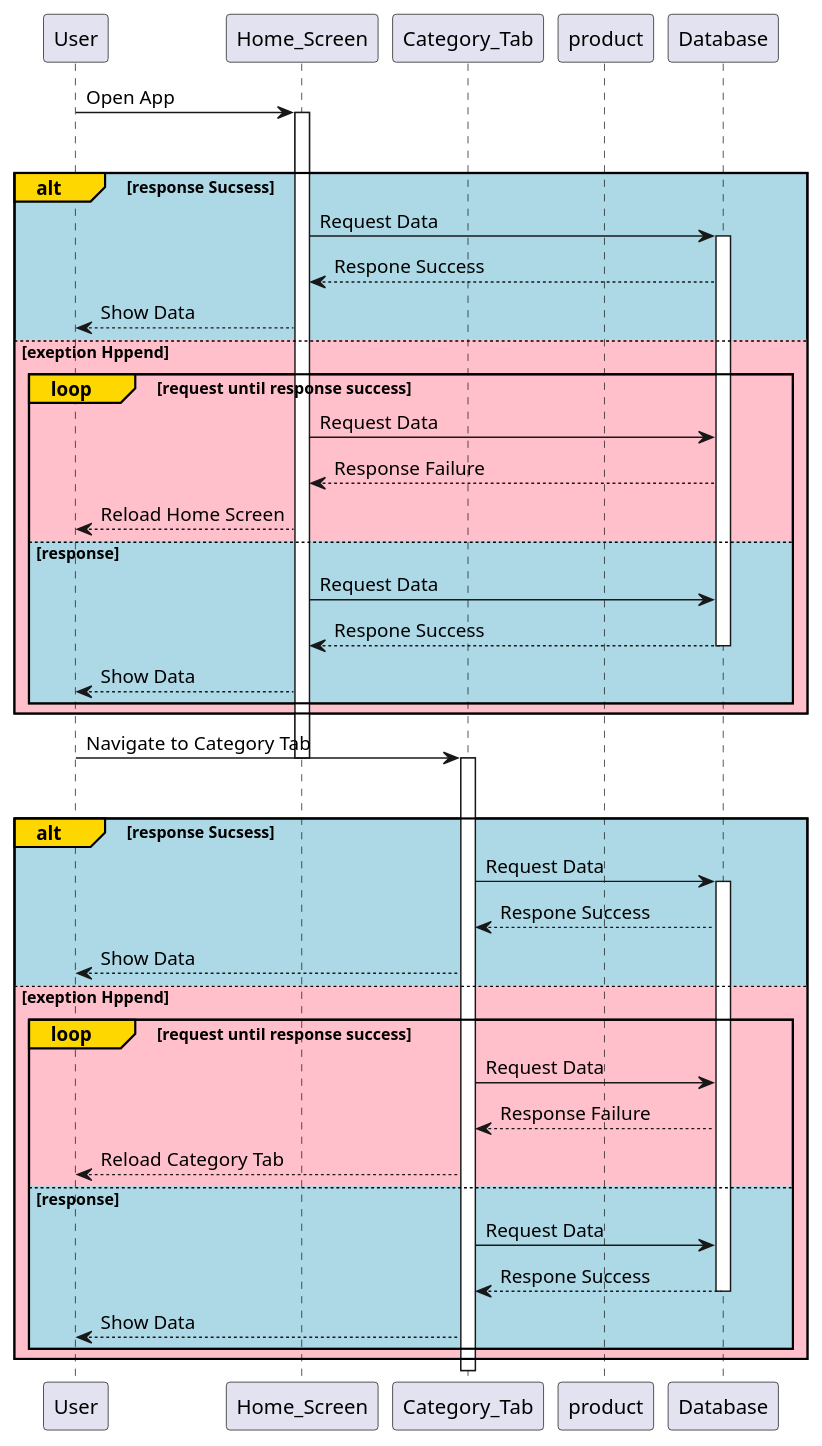
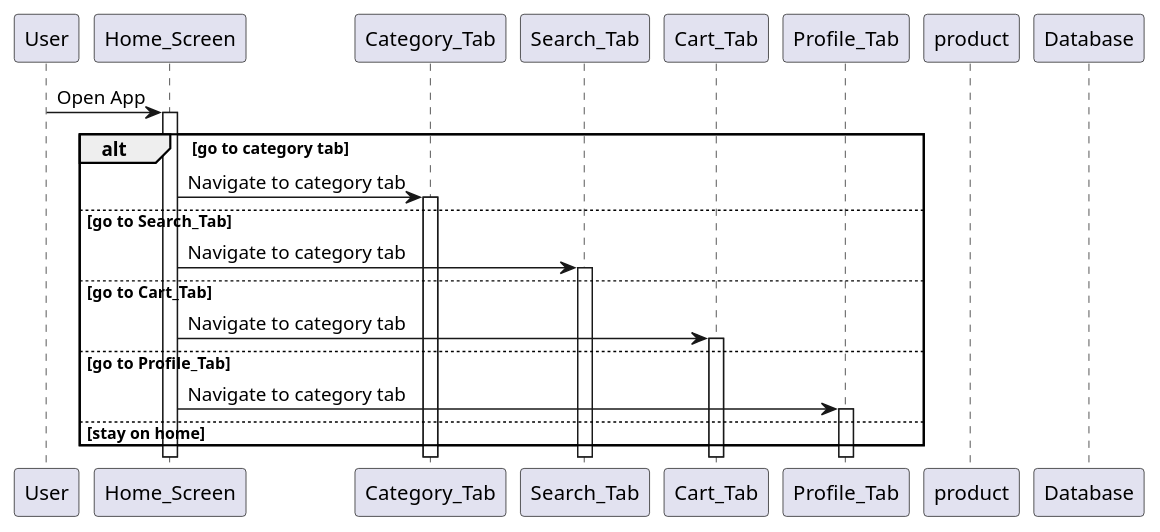
The diagram in Uml/Squanse/Home Seq.puml (john-safwat/E-Commerce), drawn with PlantUML before and after one commit. The commit also changed 1 other file, not shown here.

```diff
--- a/Uml/Squanse/Home Seq.puml
+++ b/Uml/Squanse/Home Seq.puml
@@ -1,70 +1,99 @@
 @startuml
 'https://plantuml.com/sequence-diagram\
 autonumber
 participant User
 participant Home_Screen
 participant Category_Tab 
+participant Search_Tab 
+participant Cart_Tab 
+participant Profile_Tab 
 participant product
 participant Database 
 
 User -> Home_Screen : Open App 
 activate Home_Screen 
 
+alt go to category tab 
 
-group 
+Home_Screen -> Category_Tab : Navigate to category tab 
+activate Category_Tab 
 
-'first partation of the group if the Response from the home screen to user is success'
-alt#Gold #LightBlue response Sucsess 
-Home_Screen ->  Database : Request Data 
-activate Database     
-Database --> Home_Screen : Respone Success  
-Home_Screen --> User : Show Data 
+else go to Search_Tab 
+
+Home_Screen -> Search_Tab : Navigate to category tab 
+activate Search_Tab 
+
+else go to Cart_Tab
+
+Home_Screen -> Cart_Tab : Navigate to category tab 
+activate Cart_Tab
 
 
-'the second partation handels the case of if the response was a failure it loops until the response is success'
-else #pink exeption Hppend 
-loop#gold #pink request until response success
-Home_Screen ->  Database : Request Data     
-Database --> Home_Screen : Response Failure
-Home_Screen --> User : Reload Home Screen 
+else go to Profile_Tab
+Home_Screen -> Profile_Tab : Navigate to category tab 
+activate Profile_Tab
 
-'if the data response from database is success it shows the data in home screen'
-else #LightBlue response 
-Home_Screen ->  Database : Request Data 
-Database --> Home_Screen : Respone Success  
-deactivate Database
-Home_Screen --> User : Show Data 
-end
-end
+else stay on home 
+
+end 
 
 
-User -> Category_Tab : Navigate to Category Tab
-deactivate Home_Screen
-activate Category_Tab
-group 
-'first partation of the group if the Response from the home screen to user is success'
-alt#Gold #LightBlue response Sucsess 
-Category_Tab ->  Database : Request Data 
-activate Database     
-Database --> Category_Tab : Respone Success  
-Category_Tab --> User : Show Data 
+' group 
+
+' 'first partation of the group if the Response from the home screen to user is success'
+' alt#Gold #LightBlue response Sucsess 
+' Home_Screen ->  Database : Request Data 
+' activate Database     
+' Database --> Home_Screen : Respone Success  
+' Home_Screen --> User : Show Data 
 
 
-'the second partation handels the case of if the response was a failure it loops until the response is success'
-else #pink exeption Hppend 
-loop#gold #pink request until response success
-Category_Tab ->  Database : Request Data     
-Database --> Category_Tab : Response Failure
-Category_Tab --> User : Reload Category Tab  
+' 'the second partation handels the case of if the response was a failure it loops until the response is success'
+' else #pink exeption Hppend 
+' loop#gold #pink request until response success
+' Home_Screen ->  Database : Request Data     
+' Database --> Home_Screen : Response Failure
+' Home_Screen --> User : Reload Home Screen 
 
-'if the data response from database is success it shows the data in home screen'
-else #LightBlue response 
-Category_Tab ->  Database : Request Data 
-Database --> Category_Tab : Respone Success  
-deactivate Database
-Category_Tab --> User : Show Data 
-end
-end
+' 'if the data response from database is success it shows the data in home screen'
+' else #LightBlue response 
+' Home_Screen ->  Database : Request Data 
+' Database --> Home_Screen : Respone Success  
+' deactivate Database
+' Home_Screen --> User : Show Data 
+' end
+' end
+
+
+' User -> Category_Tab : Navigate to Category Tab
+' deactivate Home_Screen
+' activate Category_Tab
+' group 
+' 'first partation of the group if the Response from the home screen to user is success'
+' alt#Gold #LightBlue response Sucsess 
+' Category_Tab ->  Database : Request Data 
+' activate Database     
+' Database --> Category_Tab : Respone Success  
+' Category_Tab --> User : Show Data 
+
+
+' 'the second partation handels the case of if the response was a failure it loops until the response is success'
+' else #pink exeption Hppend 
+' loop#gold #pink request until response success
+' Category_Tab ->  Database : Request Data     
+' Database --> Category_Tab : Response Failure
+' Category_Tab --> User : Reload Category Tab  
+
+' 'if the data response from database is success it shows the data in home screen'
+' else #LightBlue response 
+' Category_Tab ->  Database : Request Data 
+' Database --> Category_Tab : Respone Success  
+' deactivate Database
+' Category_Tab --> User : Show Data 
+' end
+' end
+
+
 
 
 @endum
```
